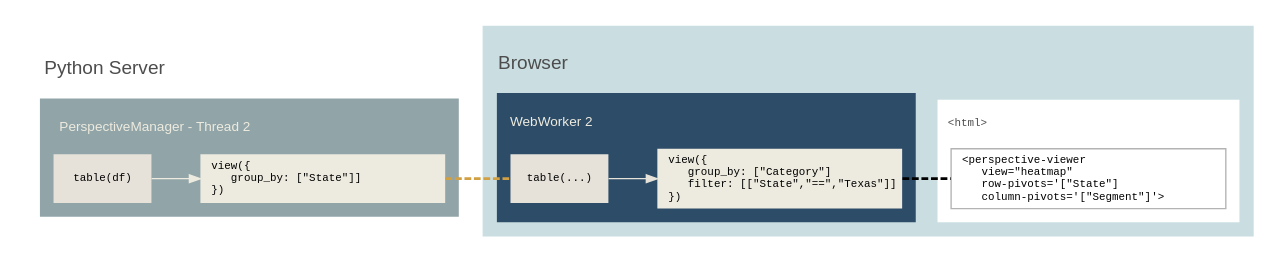
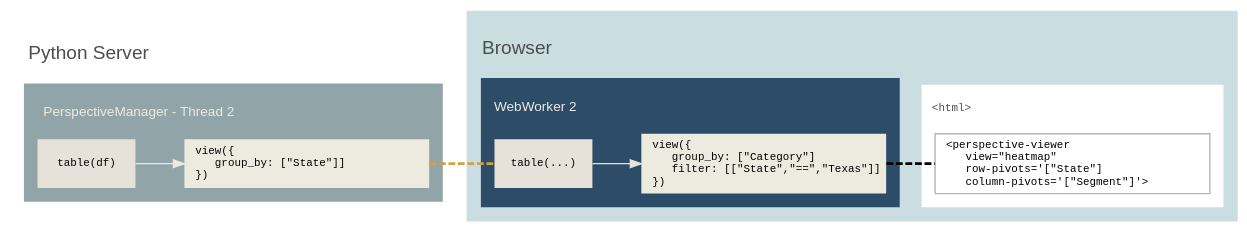
The diagram in docs/static/svg/architecture.sub3.dot (finos/perspective), drawn with Graphviz before and after one commit. The commit also changed 81 other files, not shown here.

```diff
--- a/docs/static/svg/architecture.sub3.dot
+++ b/docs/static/svg/architecture.sub3.dot
@@ -1,96 +1,97 @@
 digraph G {
+    bgcolor=transparent
     graph [rankdir="LR" fontname="helvetica" labeljust="l"]
     node [shape="box" fontname="monospace" fontsize=8 color=gray70 style=filled fillcolor=white];
     edge [color="#EDEBDF" arrowsize=0.8]
     subgraph cluster_11 {
         label="\lPython Server";
         fontcolor=gray30
         margin=10
         color=none
         subgraph cluster_thread_2 {
             graph [
                 label="\lPerspectiveManager - Thread 2";
                 style=filled
                 fillcolor="#91A4A8"
                 color=none
                 fontcolor="#EDEBDF"
                 fontsize=10
                 margin=10
             ]
             table_thread_2 [
                 label="table(df)"
                 width=1
                 color=none
                 fillcolor="#E6E2DA"
             ]
             view_thread_2 [
                 label="view({\l    group_by: [\"State\"]]\l})\l"
                 width=2.5
                 color=none
                 fillcolor="#EDEBDF"
             ]
     
 
             table_thread_2 -> view_thread_2;
         }
 
     }
     subgraph cluster_browser {
         graph [
             label="\lBrowser";
             color="#CADEE1";
             margin=10
             style=filled;
             fontcolor=gray30
         ]
 
         subgraph cluster_webworker2 {
             graph [
                 label="\lWebWorker 2";
                 style=filled
                 margin=10
                 fillcolor="#2D4C68"
                 color=none
                 fontcolor="#EDEBDF"
                 fontsize=10
             ]
             table12 [
                 label="table(...)"
                 width=1
                 color=none
                 fillcolor="#E6E2DA"
             ]
 
             view12 [
                 label="view({\l    group_by: [\"Category\"]\l    filter: [[\"State\",\"==\",\"Texas\"]]\l})\l"
                 width=2.5
                 color=none
                 fillcolor="#EDEBDF"
             ]
 
             table12 -> {view12}  [color="#E6E2DA"];
         }
 
         view_thread_2  -> table12 [penwidth=2 style=dashed arrowhead=none color="#D1A043"];
  
         subgraph cluster_41 {
            graph [
                 label="\l<html>";
                 color=none
                 fillcolor=white
                 fontcolor=gray30
                 fontsize=10
                 fontname="monospace" fontsize=8 color=none 
 
             ]
            
             viewer5 [
                 label = "<perspective-viewer\l    view=\"heatmap\"\l    row-pivots='[\"State\"]\l    column-pivots='[\"Segment\"]'>\l"
                 width=2.8
             ];
             view12 -> viewer5 [penwidth=2 style=dashed arrowhead=none color="#666"];
         }
       
         
     }	
 }
```
